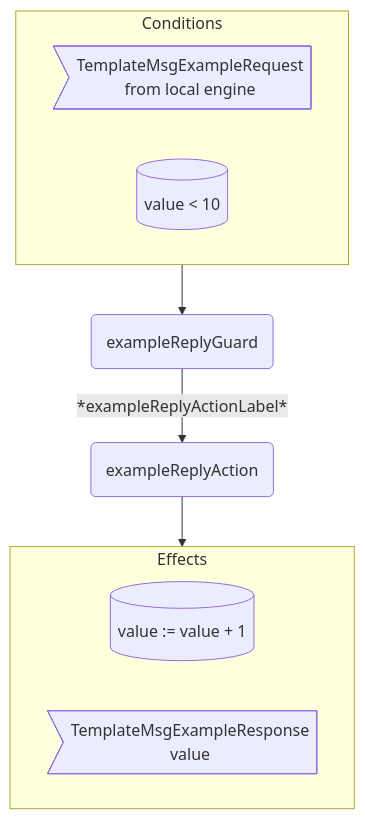
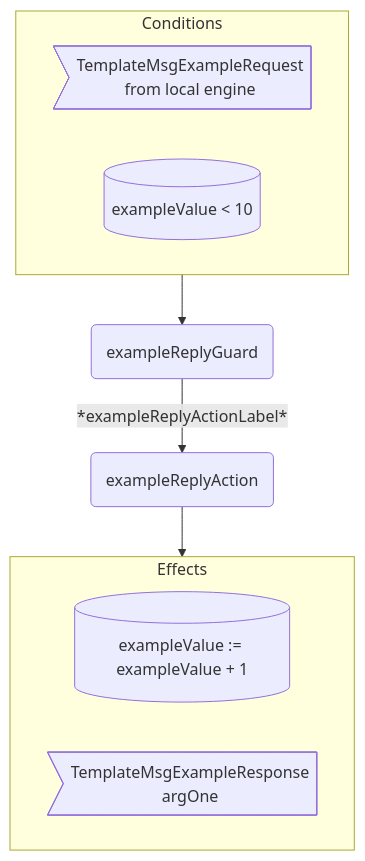
One commit to anoma/nspec changed the second of 2 diagrams in docs/arch/node/engines/template_behaviour.juvix.md. Above: the diagram before and after it, drawn with Mermaid. The commit also changed 1 other file, not shown here.

Commit message:
diagrams: conditions&effects

````diff
--- a/docs/arch/node/engines/template_behaviour.juvix.md
+++ b/docs/arch/node/engines/template_behaviour.juvix.md
@@ -481,17 +481,17 @@
 ```mermaid
 flowchart TD
   subgraph C[Conditions]
     CMsg>TemplateMsgExampleRequest<br/>from local engine]
-    CEnv[(value < 10)]
+    CEnv[(exampleValue < 10)]
   end
 
   G(exampleReplyGuard)
   A(exampleReplyAction)
 
   C --> G -- *exampleReplyActionLabel* --> A --> E
 
   subgraph E[Effects]
-    EEnv[(value := value + 1)]
-    EMsg>TemplateMsgExampleResponse<br/>value]
+    EEnv[(exampleValue := exampleValue + 1)]
+    EMsg>TemplateMsgExampleResponse<br/>argOne]
   end
 ```
````
